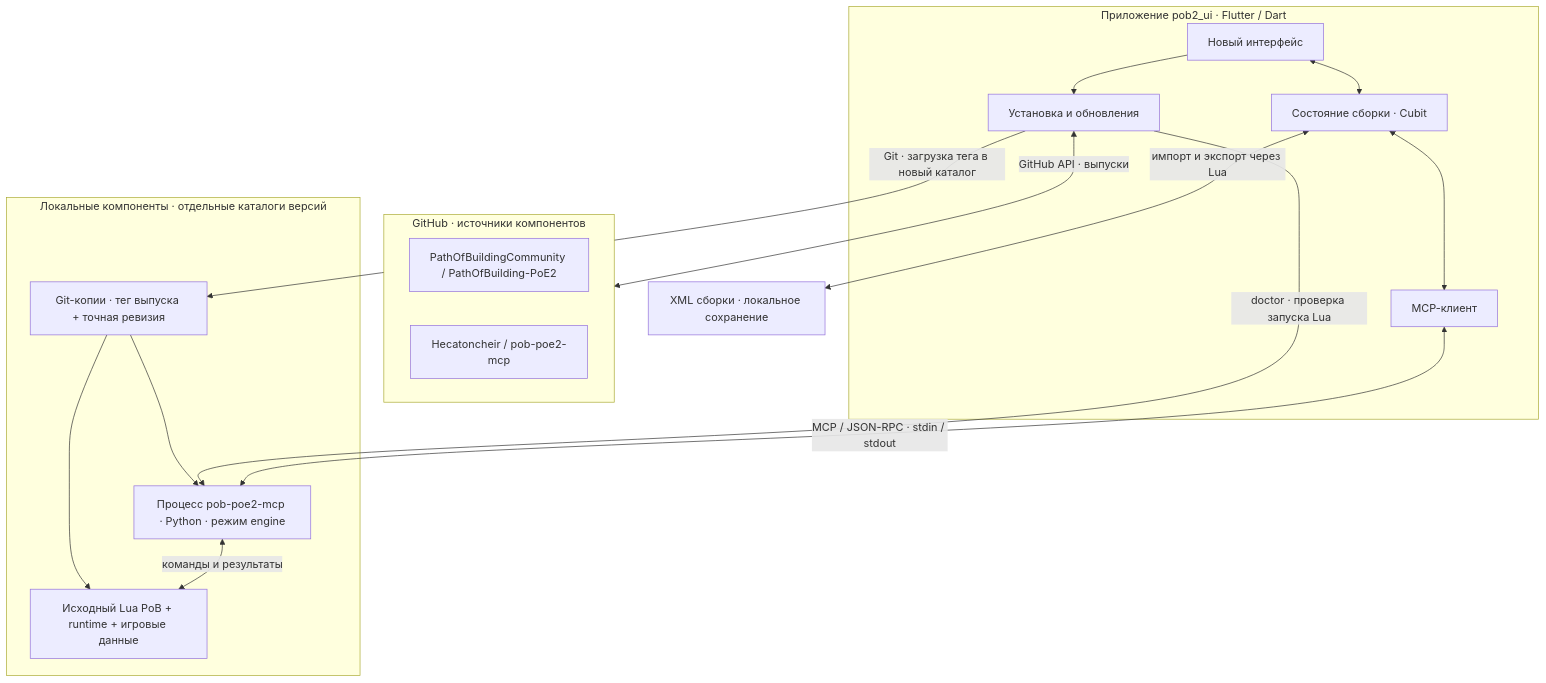
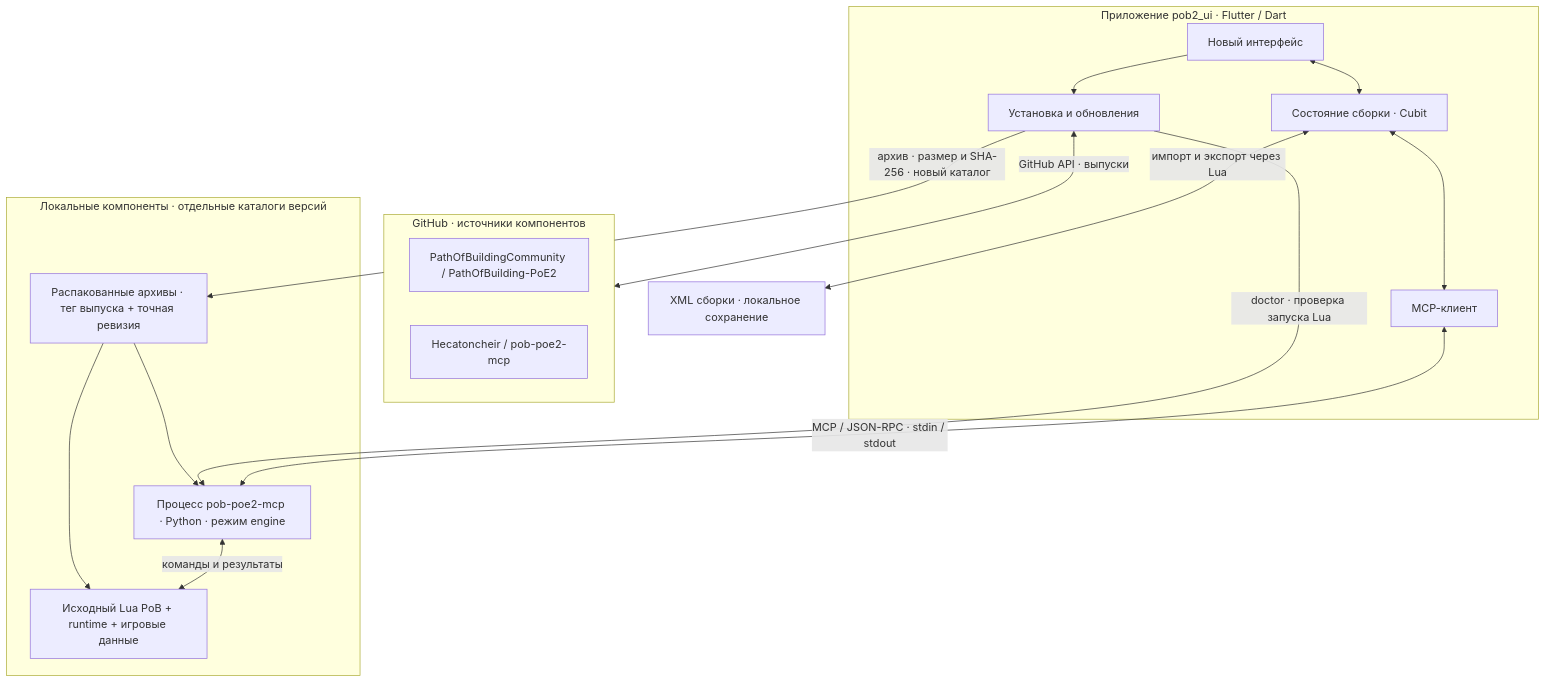
The first of 2 diagrams in README.md (Hecatoncheir/pob2_ui), drawn with Mermaid before and after one commit. The commit also changed other lines of this file and 48 other files, not shown here.

````diff
--- a/README.md
+++ b/README.md
@@ -21,32 +29,32 @@
 ```mermaid
 flowchart TB
     subgraph Flutter["Приложение pob2_ui · Flutter / Dart"]
         UI["Новый интерфейс"]
         State["Состояние сборки · Cubit"]
         Manager["Установка и обновления"]
         Client["MCP-клиент"]
         UI <--> State
         UI --> Manager
         State <--> Client
     end
 
     subgraph GitHub["GitHub · источники компонентов"]
         PoBRepo["PathOfBuildingCommunity / PathOfBuilding-PoE2"]
         MCPRepo["Hecatoncheir / pob-poe2-mcp"]
     end
 
     subgraph Local["Локальные компоненты · отдельные каталоги версий"]
-        Copies["Git-копии · тег выпуска + точная ревизия"]
+        Copies["Распакованные архивы · тег выпуска + точная ревизия"]
         MCP["Процесс pob-poe2-mcp · Python · режим engine"]
         Lua["Исходный Lua PoB + runtime + игровые данные"]
         Copies --> MCP
         Copies --> Lua
         MCP <-->|"команды и результаты"| Lua
     end
 
     Manager <-->|"GitHub API · выпуски"| GitHub
-    Manager -->|"Git · загрузка тега в новый каталог"| Copies
+    Manager -->|"архив · размер и SHA-256 · новый каталог"| Copies
     Manager -->|"doctor · проверка запуска Lua"| MCP
     Client <-->|"MCP / JSON-RPC · stdin / stdout"| MCP
     State <-->|"импорт и экспорт через Lua"| XML["XML сборки · локальное сохранение"]
 ```
````
